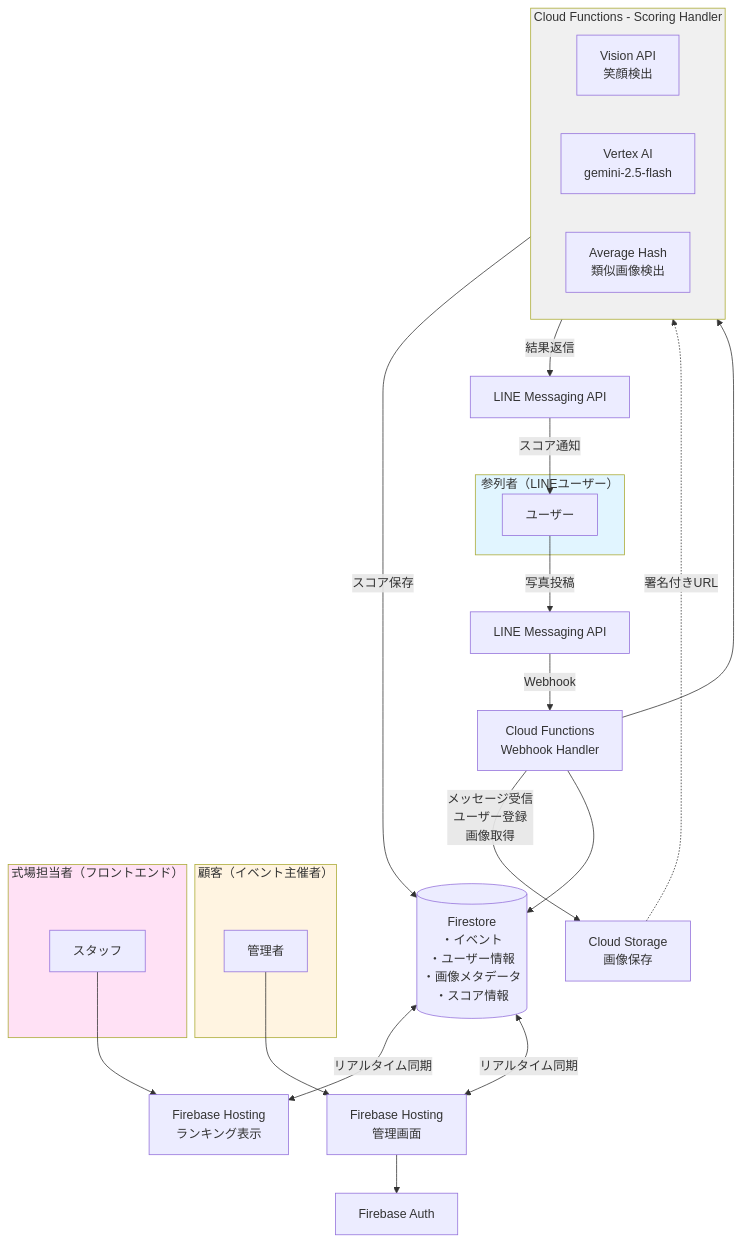
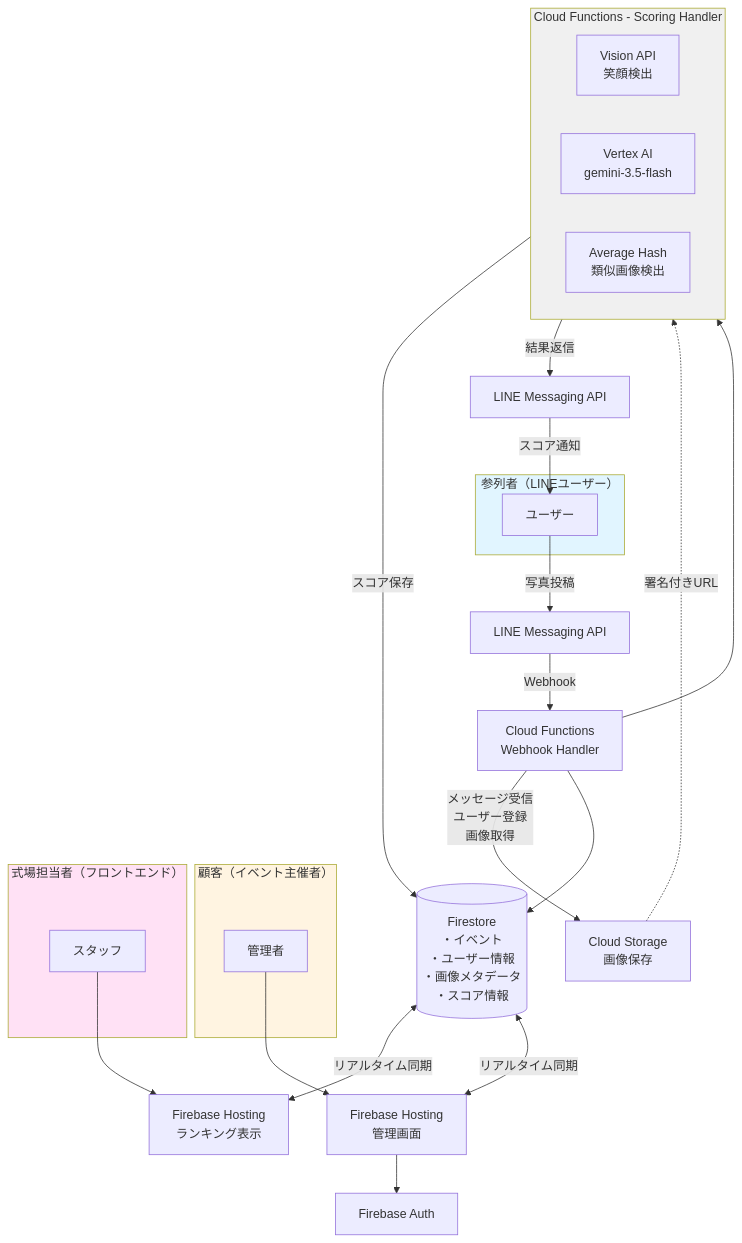
The first of 3 diagrams in docs/architecture/overview.md (nakayamaryo0731/wedding_smile_catcher), drawn with Mermaid before and after one commit. The commit also changed other lines of this file and 7 other files, not shown here.

First line of the commit message:
feat: switch scoring model to gemini-3.5-flash (#542)

````diff
--- a/docs/architecture/overview.md
+++ b/docs/architecture/overview.md
@@ -5,45 +5,45 @@
 ```mermaid
 graph TB
     subgraph guests["参列者（LINEユーザー）"]
         User[ユーザー]
     end
 
     User -->|写真投稿| LINE1[LINE Messaging API]
 
     LINE1 -->|Webhook| WebhookFunc[Cloud Functions<br/>Webhook Handler]
 
     WebhookFunc -->|メッセージ受信<br/>ユーザー登録<br/>画像取得| Storage[Cloud Storage<br/>画像保存]
     WebhookFunc --> Firestore[(Firestore<br/>・イベント<br/>・ユーザー情報<br/>・画像メタデータ<br/>・スコア情報)]
     WebhookFunc --> ScoringFunc
 
     subgraph ScoringFunc[Cloud Functions - Scoring Handler]
         Vision[Vision API<br/>笑顔検出]
-        VertexAI[Vertex AI<br/>gemini-2.5-flash]
+        VertexAI[Vertex AI<br/>gemini-3.5-flash]
         AvgHash[Average Hash<br/>類似画像検出]
     end
 
     Storage -.署名付きURL.-> ScoringFunc
     ScoringFunc -->|スコア保存| Firestore
     ScoringFunc -->|結果返信| LINE2[LINE Messaging API]
     LINE2 -->|スコア通知| User
 
     subgraph customer["顧客（イベント主催者）"]
         Admin[管理者]
     end
 
     subgraph frontend["式場担当者（フロントエンド）"]
         Staff[スタッフ]
     end
 
     Admin --> AdminPanel[Firebase Hosting<br/>管理画面]
     Staff --> RankingPage[Firebase Hosting<br/>ランキング表示]
 
     AdminPanel --> FirebaseAuth[Firebase Auth]
     Firestore <-->|リアルタイム同期| RankingPage
     Firestore <-->|リアルタイム同期| AdminPanel
 
     style guests fill:#e1f5ff
     style customer fill:#fff4e1
     style frontend fill:#ffe1f5
     style ScoringFunc fill:#f0f0f0
 ```
````
